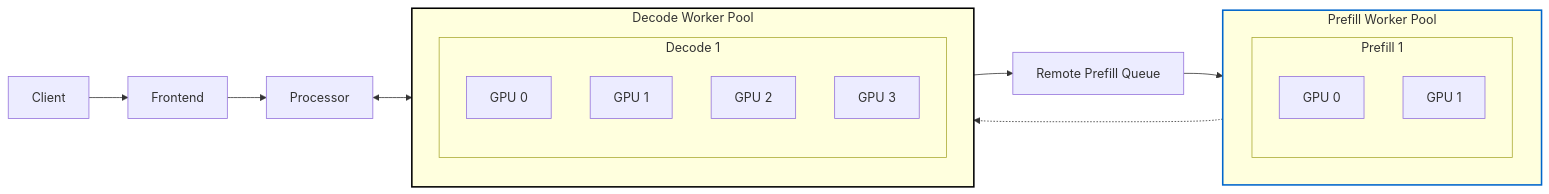
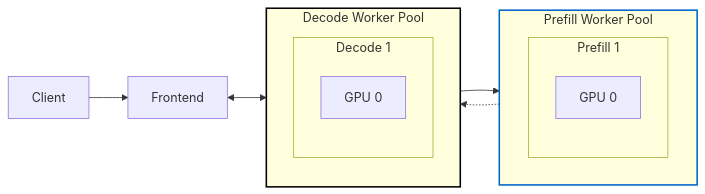
The fourth of 5 diagrams in tests/fault_tolerance/deploy/README.md (vickiegpt/dynamo), drawn with Mermaid before and after one commit. The commit also changed other lines of this file, not shown here.

````diff
--- a/tests/fault_tolerance/deploy/README.md
+++ b/tests/fault_tolerance/deploy/README.md
@@ -331,42 +330,34 @@
 ```mermaid
 graph LR
     Client["Client"]
     Frontend["Frontend"]
-    Processor["Processor"]
-    PrefillQueue["Remote Prefill Queue"]
 
     Client --> Frontend
-    Frontend --> Processor
-    Processor <--> DecodePool
+    Frontend <--> DecodePool
 
     %% Prefill Worker Pool (horizontal layout)
     subgraph PrefillPool["Prefill Worker Pool"]
         direction LR
         subgraph Prefill1["Prefill 1"]
             direction TB
             P1GPU0["GPU 0"]
-            P1GPU1["GPU 1"]
-		end
+   		end
     end
 
     %% Decode Worker Pool (vertical layout)
     subgraph DecodePool["Decode Worker Pool"]
         direction TB
         subgraph Decode1["Decode 1"]
             direction TB
             D1GPU0["GPU 0"]
-            D1GPU1["GPU 1"]
-            D1GPU2["GPU 2"]
-            D1GPU3["GPU 3"]
         end
     end
 
 
-	PrefillQueue --> PrefillPool
-    DecodePool --> PrefillQueue
+    DecodePool --> PrefillPool
     PrefillPool -.-> DecodePool
 
     %% Styling
     style PrefillPool stroke:#0066cc,stroke-width:2px
     style DecodePool stroke:#000,stroke-width:2px
 ```
````
